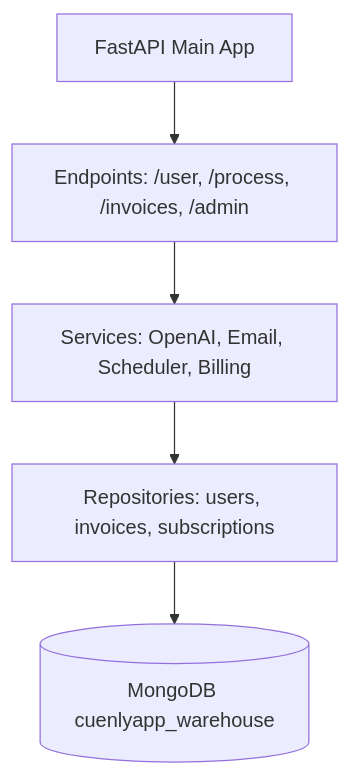
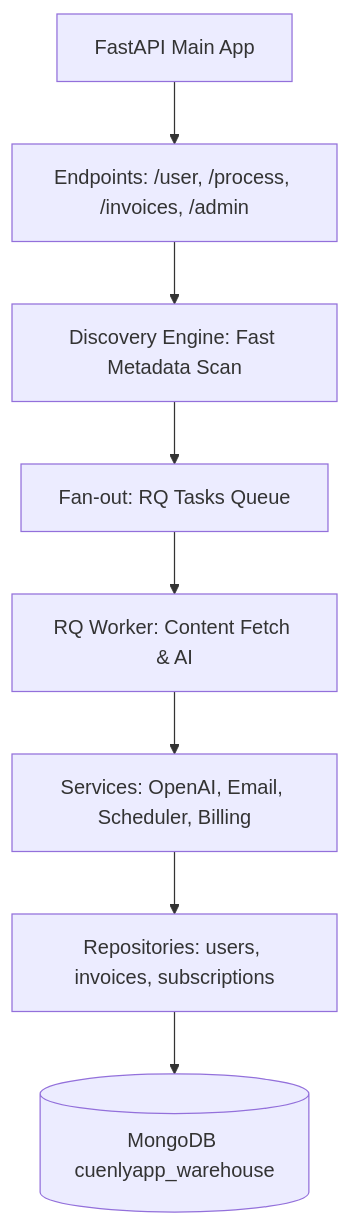
One commit to poravv/cuenly-app changed the third of 4 diagrams in docs/documentacion-tecnica.md. Above: the diagram before and after it, drawn with Mermaid. The commit also changed other lines of this file and 79 other files, not shown here.

````diff
--- a/docs/documentacion-tecnica.md
+++ b/docs/documentacion-tecnica.md
@@ -59,7 +59,10 @@
 ```mermaid
 graph TB
     API[FastAPI Main App] --> ENDPOINTS[Endpoints: /user, /process, /invoices, /admin]
-    ENDPOINTS --> SERVICES[Services: OpenAI, Email, Scheduler, Billing]
+    ENDPOINTS --> DISCOVERY[Discovery Engine: Fast Metadata Scan]
+    DISCOVERY --> FANOUT[Fan-out: RQ Tasks Queue]
+    FANOUT --> WORKER[RQ Worker: Content Fetch & AI]
+    WORKER --> SERVICES[Services: OpenAI, Email, Scheduler, Billing]
     SERVICES --> REPOS[Repositories: users, invoices, subscriptions]
     REPOS --> MONGODB[(MongoDB cuenlyapp_warehouse)]
 ```
````
